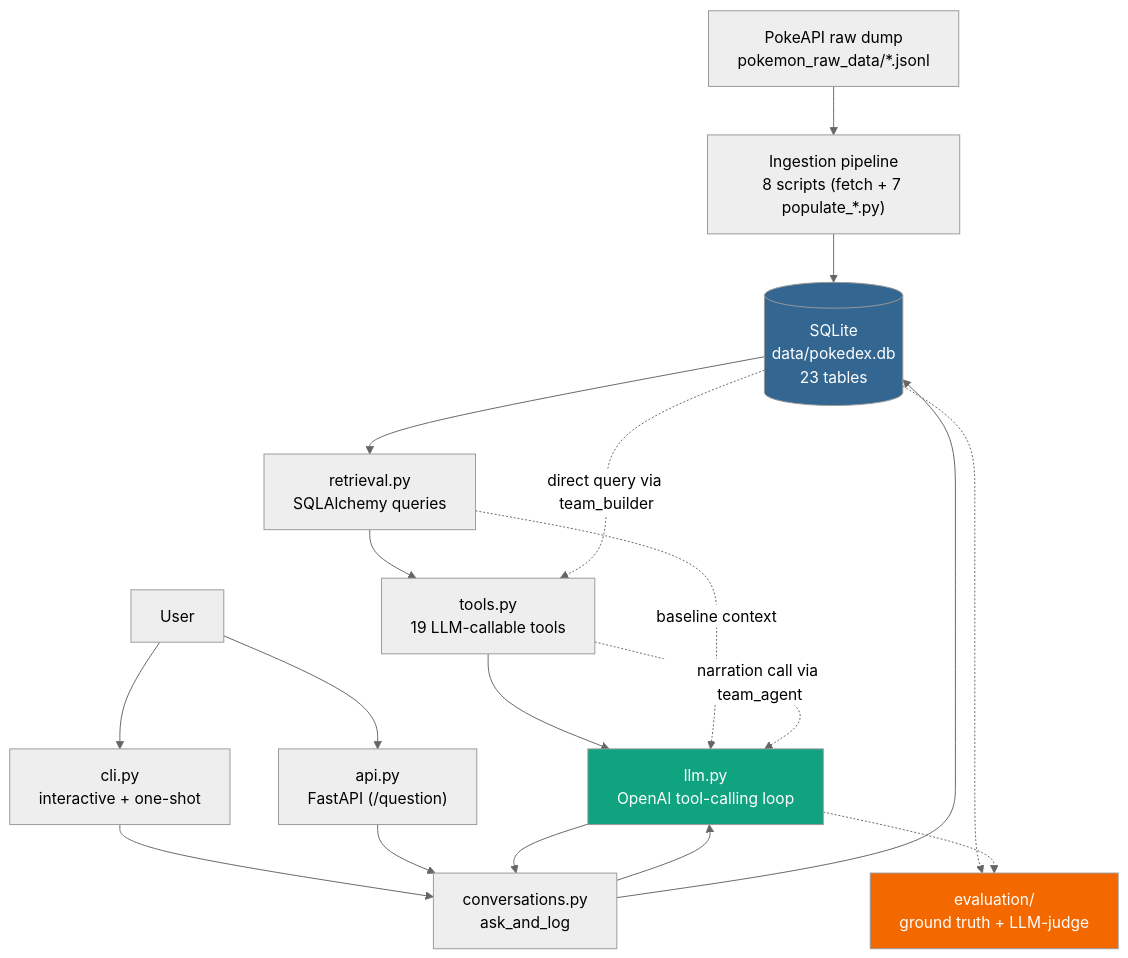
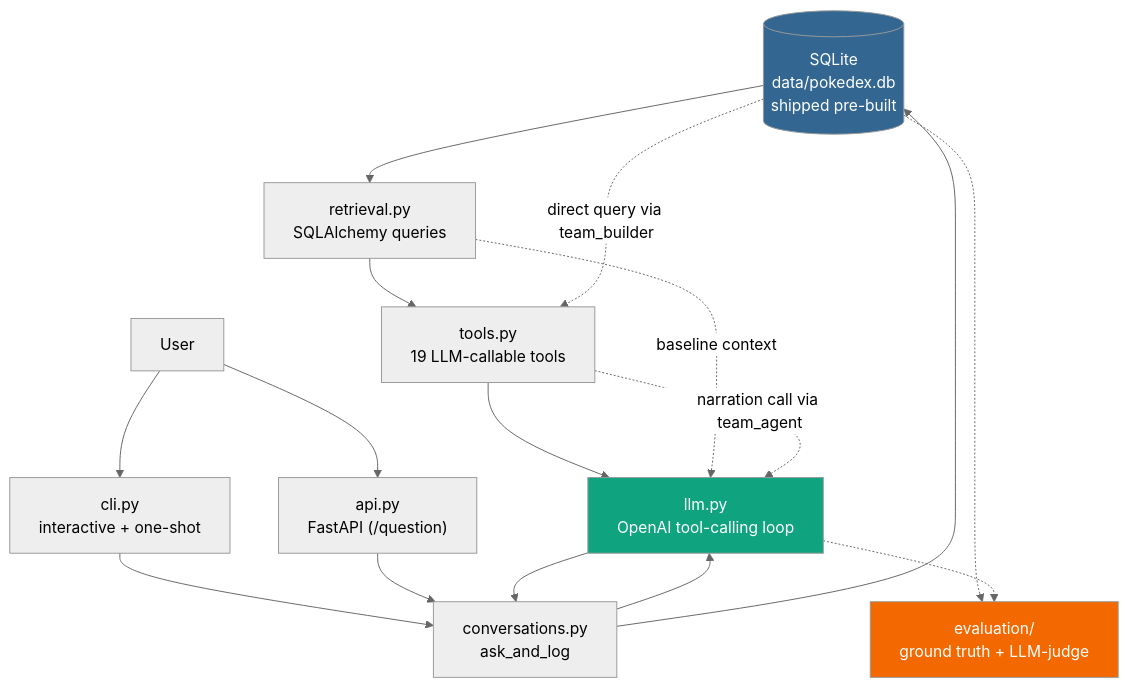
One commit to alexispdDev/profesor-oak-ai changed the diagram in README.md. Above: the diagram before and after it, drawn with Mermaid (neutral theme). The commit also changed other lines of this file and 15 other files, not shown here.

First line of the commit message:
Ship pre-built database, drop the ingestion pipeline

````diff
--- a/README.md
+++ b/README.md
@@ -28,30 +28,27 @@
 ```mermaid
 flowchart TD
-    RawData["PokeAPI raw dump<br/>pokemon_raw_data/*.jsonl"]
-    Ingestion["Ingestion pipeline<br/>8 scripts (fetch + 7 populate_*.py)"]
-    DB[("SQLite<br/>data/pokedex.db<br/>23 tables")]
+    DB[("SQLite<br/>data/pokedex.db<br/>shipped pre-built")]
     Retrieval["retrieval.py<br/>SQLAlchemy queries"]
     Tools["tools.py<br/>19 LLM-callable tools"]
     LLM["llm.py<br/>OpenAI tool-calling loop"]
     CLI["cli.py<br/>interactive + one-shot"]
     API["api.py<br/>FastAPI (/question)"]
     Conv["conversations.py<br/>ask_and_log"]
     Eval["evaluation/<br/>ground truth + LLM-judge"]
     User["User"]
 
-    RawData --> Ingestion --> DB
     DB --> Retrieval --> Tools --> LLM
     DB -.direct query via team_builder.-> Tools
     Retrieval -.baseline context.-> LLM
     Tools -.narration call via team_agent.-> LLM
     User --> CLI --> Conv
     User --> API --> Conv
     Conv --> LLM --> Conv
     Conv --> DB
     DB -.-> Eval
     LLM -.-> Eval
 
     style DB fill:#336791,color:#fff
     style LLM fill:#10a37f,color:#fff
     style Eval fill:#f46800,color:#fff
 ```
````
